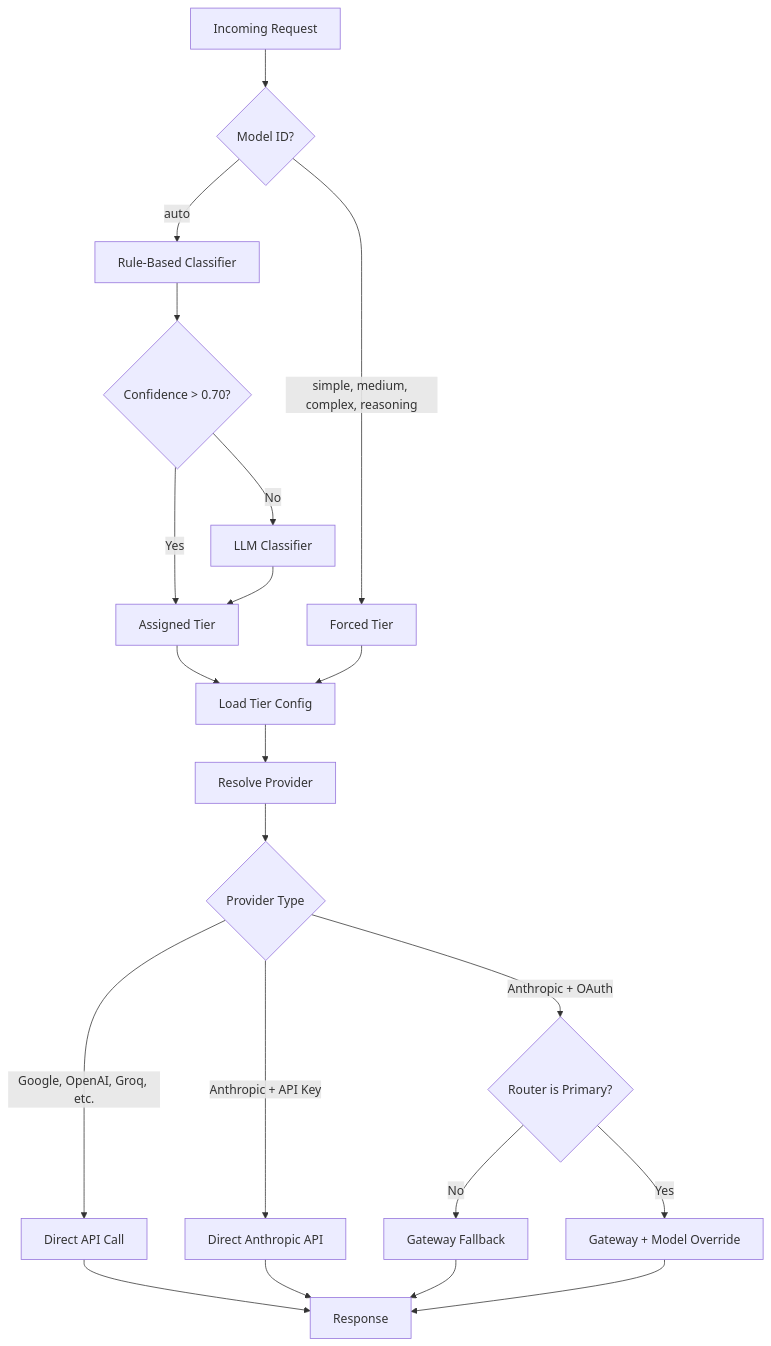
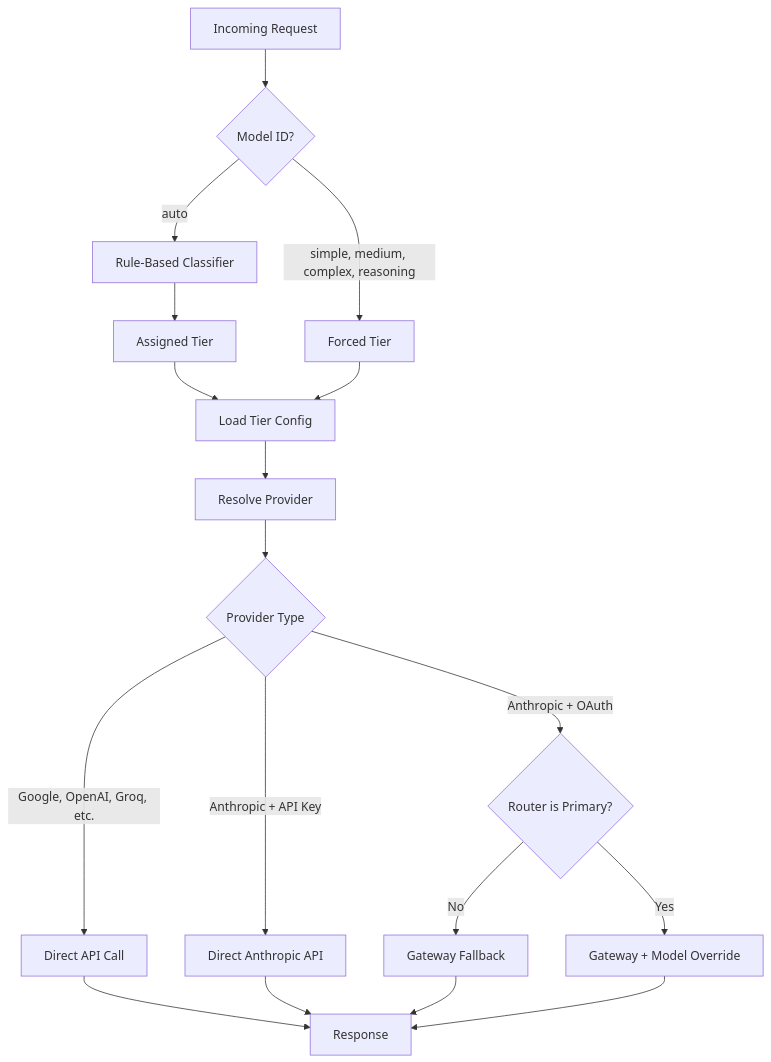
One commit to donnfelker/claw-llm-router changed the diagram in README.md. Above: the diagram before and after it, drawn with Mermaid. The commit also changed other lines of this file and 13 other files, not shown here.

First line of the commit message:
Add /router doctor and /router help commands; remove LLM hybrid classifier

````diff
--- a/README.md
+++ b/README.md
@@ -11,23 +11,20 @@
 ```mermaid
 flowchart TD
     A[Incoming Request] --> B{Model ID?}
     B -->|simple, medium, complex, reasoning| C[Forced Tier]
     B -->|auto| D[Rule-Based Classifier]
-    D --> E{Confidence > 0.70?}
-    E -->|Yes| F[Assigned Tier]
-    E -->|No| G[LLM Classifier]
-    G --> F
+    D --> F[Assigned Tier]
     F --> H[Load Tier Config]
     C --> H
     H --> I[Resolve Provider]
     I --> J{Provider Type}
     J -->|Google, OpenAI, Groq, etc.| K[Direct API Call]
     J -->|Anthropic + API Key| L[Direct Anthropic API]
     J -->|Anthropic + OAuth| M{Router is Primary?}
     M -->|No| N[Gateway Fallback]
     M -->|Yes| O[Gateway + Model Override]
     K --> P[Response]
     L --> P
     N --> P
     O --> P
 ```
````
